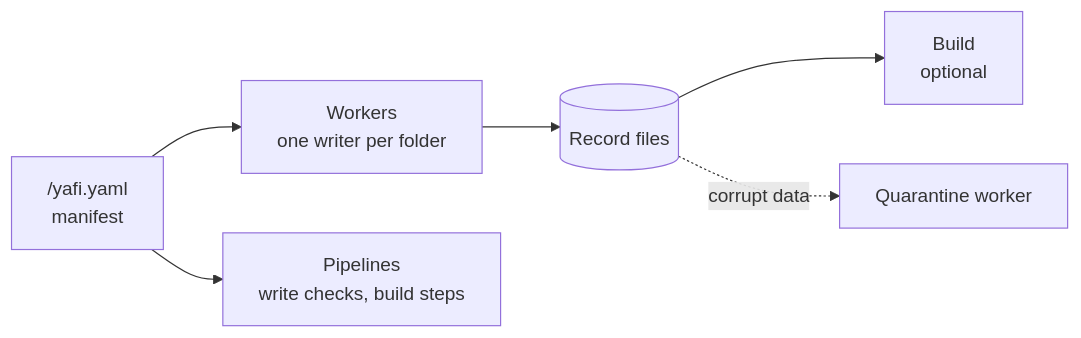
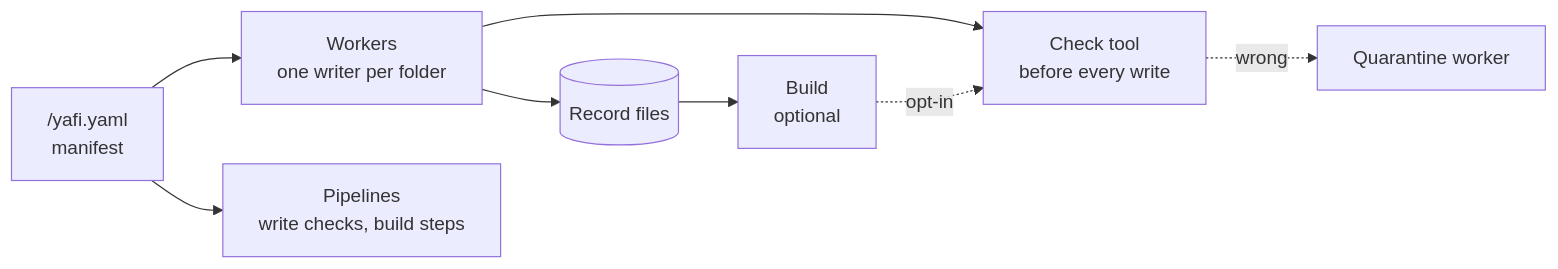
The second of 3 diagrams in README.md (bristweb/yafidb), drawn with Mermaid before and after one commit. The commit also changed other lines of this file and 19 other files, not shown here.

Commit message:
Separate check tool owns validation and quarantine; builds only read

````diff
--- a/README.md
+++ b/README.md
@@ -75,8 +75,10 @@
 ```mermaid
 flowchart LR
     M["/yafi.yaml<br/>manifest"] --> W[Workers<br/>one writer per folder]
     M --> P[Pipelines<br/>write checks, build steps]
     W --> F[(Record files)]
     F --> B[Build<br/>optional]
-    F -.corrupt data.-> Q[Quarantine worker]
+    W --> K[Check tool<br/>before every write]
+    K -.wrong.-> Q[Quarantine worker]
+    B -.opt-in.-> K
 ```
````
